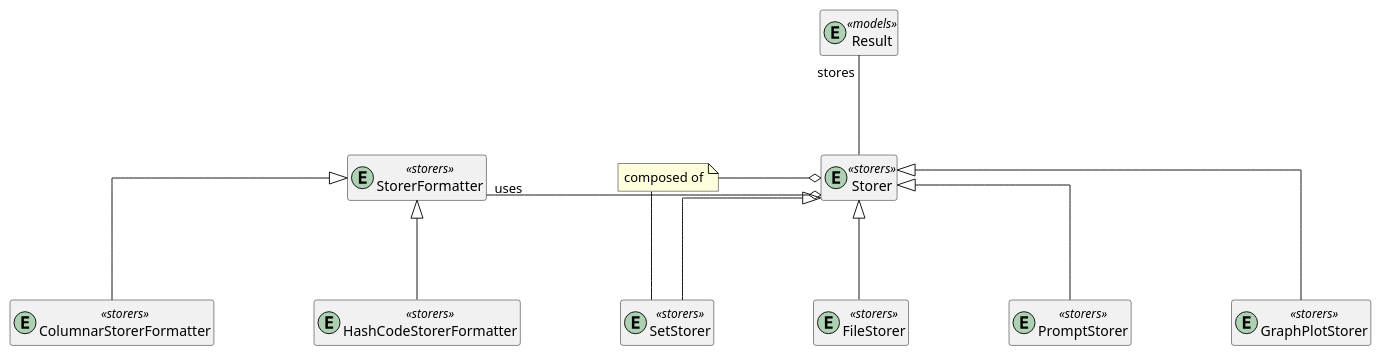
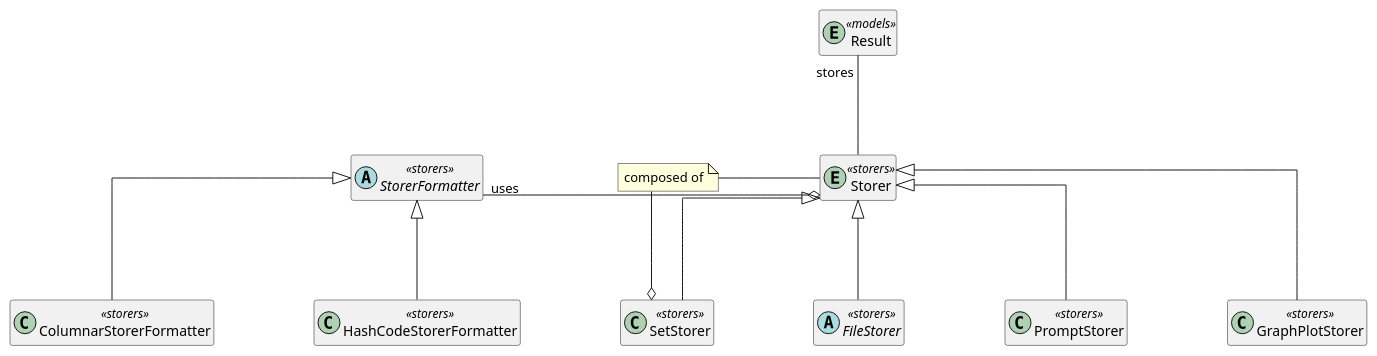
One commit to garciparedes/jinete changed the diagram in docs/source/_static/storers.puml. Above: the diagram before and after it, drawn with PlantUML. The commit also changed 3 other files, not shown here.

Commit message:
ISSUE #101 * Working on module diagrams.

```diff
--- a/docs/source/_static/storers.puml
+++ b/docs/source/_static/storers.puml
@@ -1,51 +1,51 @@
 @startuml
 skinparam linetype ortho
 skinparam nodesep 100
 skinparam ranksep 100
 
 hide empty methods
 hide empty attributes
 
 entity Result <<models>>
 
 entity Storer <<storers>> {
 }
 
-entity FileStorer <<storers>> {
+abstract class FileStorer <<storers>> {
 }
-entity SetStorer <<storers>> {
+class SetStorer <<storers>> {
 }
-entity PromptStorer <<storers>> {
+class PromptStorer <<storers>> {
 }
-entity GraphPlotStorer <<storers>> {
+class GraphPlotStorer <<storers>> {
 }
 
-entity StorerFormatter <<storers>> {
+abstract class StorerFormatter <<storers>> {
 }
-entity ColumnarStorerFormatter <<storers>> {
+class ColumnarStorerFormatter <<storers>> {
 }
-entity HashCodeStorerFormatter <<storers>> {
+class HashCodeStorerFormatter <<storers>> {
 }
 
 
 Storer -up-"stores" Result
 
 StorerFormatter "uses"-right-o Storer
 
 note "composed of" as N2
-N2 -- SetStorer
-N2 -o Storer
+N2 --o SetStorer
+N2 - Storer
 
 
 Storer <|-down- FileStorer
 Storer <|-down- PromptStorer
 Storer <|-down- SetStorer
 
 
 Storer <|-down- GraphPlotStorer
 
 StorerFormatter <|-down- ColumnarStorerFormatter
 StorerFormatter <|-down- HashCodeStorerFormatter
 
 
 @enduml
```
